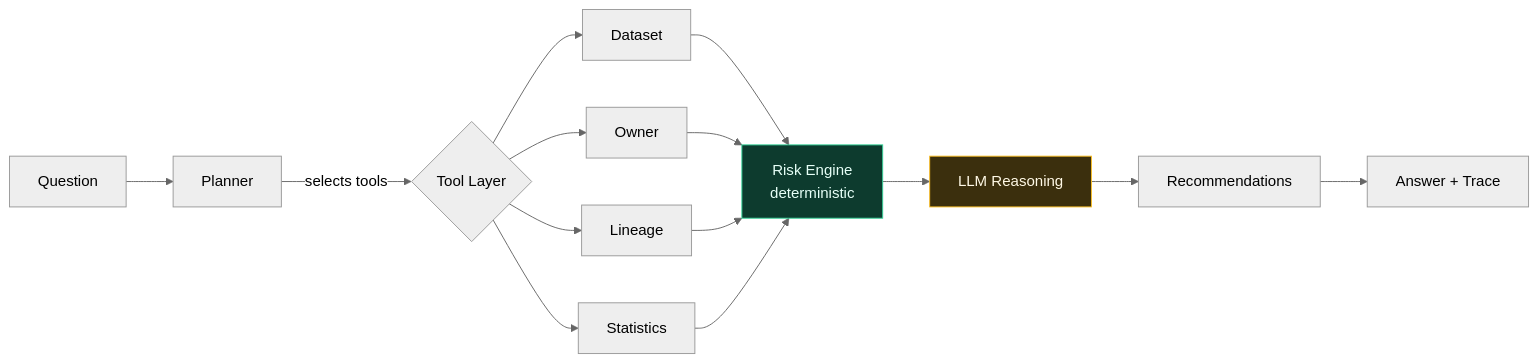
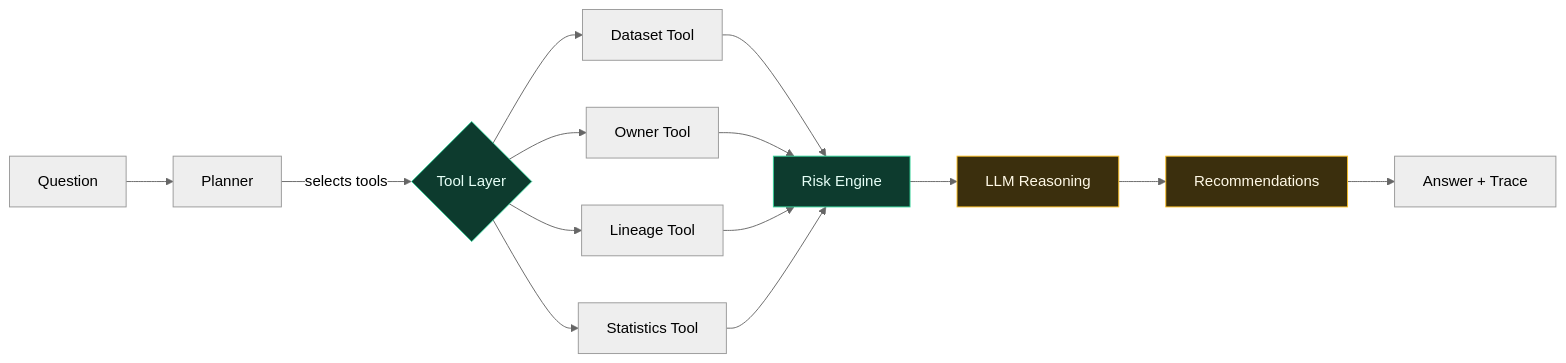
Before and after one commit to anjaneyulu-01/DataGuardian-AI: the second of 4 diagrams in README.md, drawn with Mermaid (neutral theme). The commit also changed other lines of this file and 3 other files, not shown here.

````diff
--- a/README.md
+++ b/README.md
@@ -236,16 +288,18 @@
 ```mermaid
 graph LR
-    Q["Question"] --> P["Planner"]
-    P -->|selects tools| T{"Tool Layer"}
-    T --> D["Dataset"]
-    T --> O["Owner"]
-    T --> L["Lineage"]
-    T --> S["Statistics"]
-    D & O & L & S --> R["Risk Engine<br/>deterministic"]
+    U["Question"] --> P["Planner"]
+    P -->|"selects tools"| T{"Tool Layer"}
+    T --> D["Dataset Tool"]
+    T --> O["Owner Tool"]
+    T --> L["Lineage Tool"]
+    T --> S["Statistics Tool"]
+    D & O & L & S --> R["Risk Engine"]
     R --> E["LLM Reasoning"]
     E --> C["Recommendations"]
     C --> A["Answer + Trace"]
 
     style R fill:#0d3b2e,stroke:#34d399,color:#e6fff7
+    style T fill:#0d3b2e,stroke:#34d399,color:#e6fff7
     style E fill:#3b2f0d,stroke:#fbbf24,color:#fff9e6
+    style C fill:#3b2f0d,stroke:#fbbf24,color:#fff9e6
 ```
````
